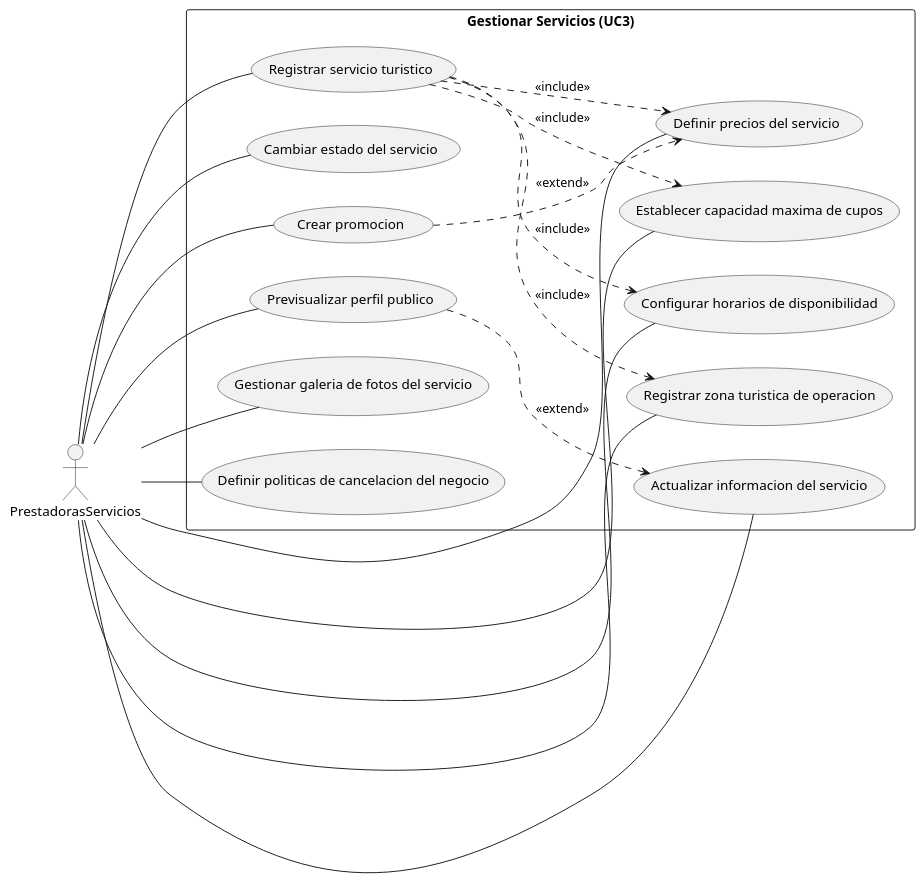
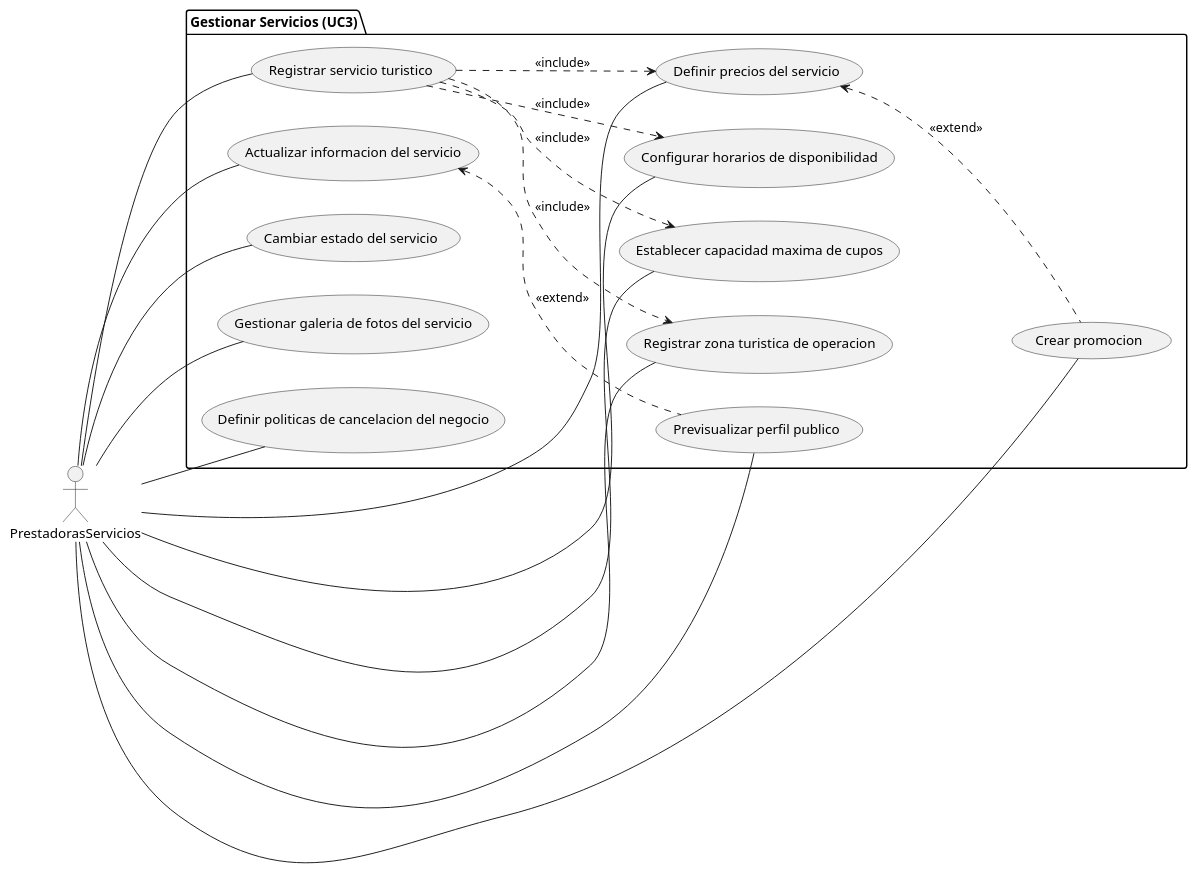
Before and after one commit to xdark-nessx20/SM-Xplore: the diagram in docs/modelos/uc-lvl-1/gestionar-servicios/prestadora-diagrama.puml, drawn with PlantUML. The commit also changed 4 other files, not shown here.

Commit message:
use package for lvl1 diagrams and fix extend arrow direction

```diff
--- a/docs/modelos/uc-lvl-1/gestionar-servicios/prestadora-diagrama.puml
+++ b/docs/modelos/uc-lvl-1/gestionar-servicios/prestadora-diagrama.puml
@@ -1,40 +1,40 @@
 @startuml
 
 left to right direction
 
 actor PrestadorasServicios as P
 
-rectangle "Gestionar Servicios (UC3)" {
+package "Gestionar Servicios (UC3)" {
     usecase "Registrar servicio turistico" as UC3_1
     usecase "Actualizar informacion del servicio" as UC3_2
     usecase "Definir precios del servicio" as UC3_3
     usecase "Configurar horarios de disponibilidad" as UC3_4
     usecase "Establecer capacidad maxima de cupos" as UC3_5
     usecase "Cambiar estado del servicio" as UC3_6
     usecase "Previsualizar perfil publico" as UC3_7
     usecase "Registrar zona turistica de operacion" as UC3_8
     usecase "Crear promocion" as UC3_9
     usecase "Gestionar galeria de fotos del servicio" as UC3_10
     usecase "Definir politicas de cancelacion del negocio" as UC3_11
 }
 
 P -- UC3_1
 P -- UC3_2
 P -- UC3_3
 P -- UC3_4
 P -- UC3_5
 P -- UC3_6
 P -- UC3_7
 P -- UC3_8
 P -- UC3_9
 P -- UC3_10
 P -- UC3_11
 
 UC3_1 ..> UC3_3 : <<include>>
 UC3_1 ..> UC3_4 : <<include>>
 UC3_1 ..> UC3_5 : <<include>>
 UC3_1 ..> UC3_8 : <<include>>
-UC3_9 ..> UC3_3 : <<extend>>
-UC3_7 ..> UC3_2 : <<extend>>
+UC3_3 <.. UC3_9 : <<extend>>
+UC3_2 <.. UC3_7 : <<extend>>
 
 @enduml
```
